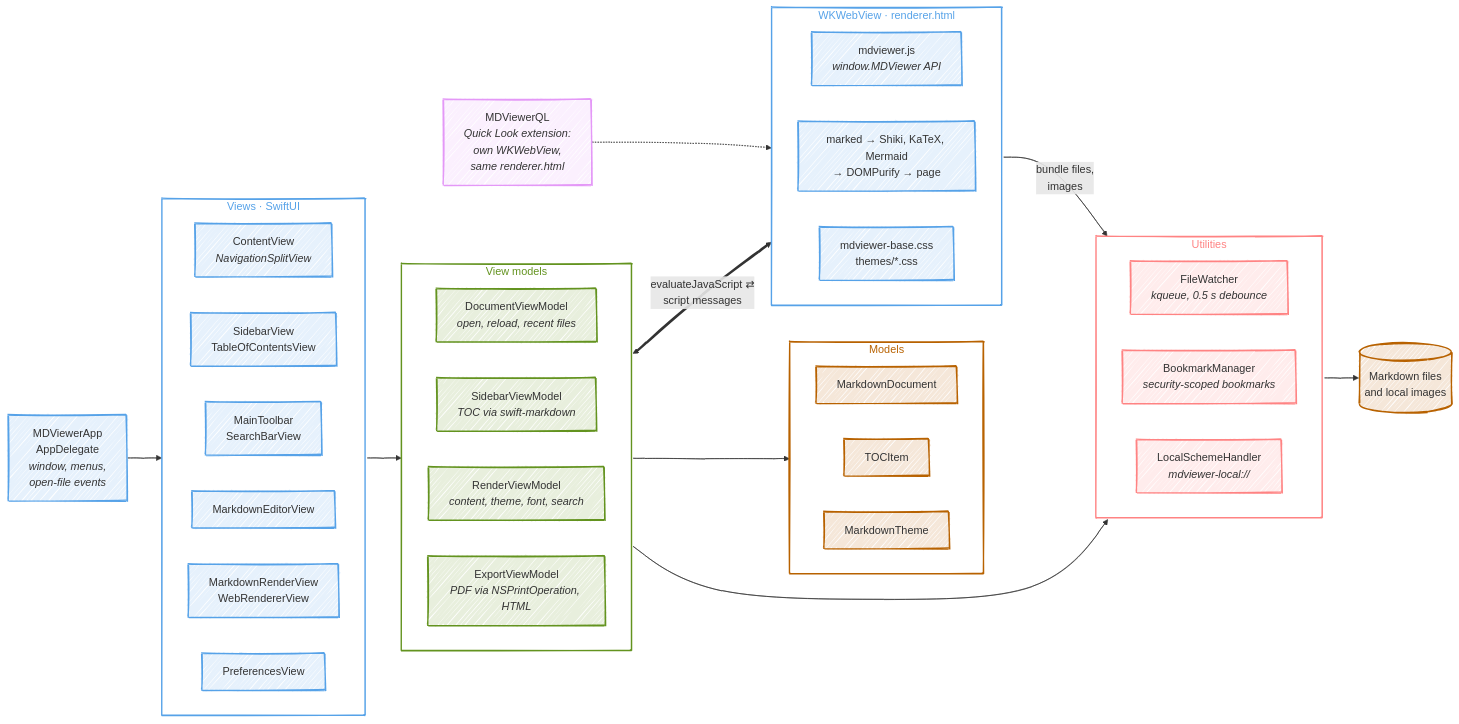
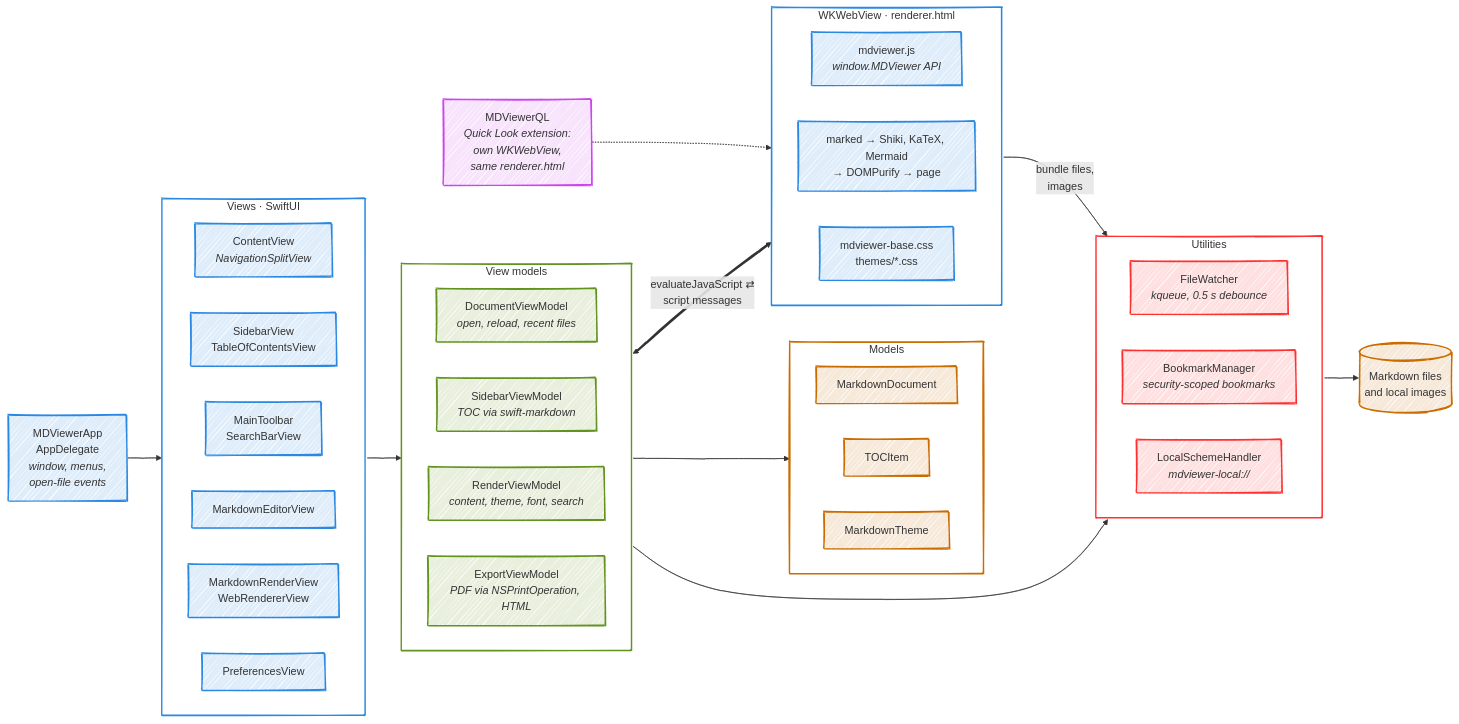
The third of 3 diagrams in docs/development/architecture.md (devicemanager/mdviewer), drawn with Mermaid before and after one commit. The commit also changed other lines of this file and 4 other files, not shown here.

First line of the commit message:
Make the doc diagrams readable in every theme, and test it

````diff
--- a/docs/development/architecture.md
+++ b/docs/development/architecture.md
@@ -161,75 +161,75 @@
 ```mermaid
 ---
 config:
   look: handDrawn
   fontFamily: "Comic Sans MS, Chalkboard SE, Segoe Print, cursive"
 ---
 flowchart LR
     entry["MDViewerApp<br/>AppDelegate<br/><i>window, menus,<br/>open-file events</i>"]
 
     subgraph views["Views · SwiftUI"]
         direction LR
         content["ContentView<br/><i>NavigationSplitView</i>"]
         sidebar["SidebarView<br/>TableOfContentsView"]
         toolbar["MainToolbar<br/>SearchBarView"]
         editor["MarkdownEditorView"]
         renderView["MarkdownRenderView<br/>WebRendererView"]
         prefs["PreferencesView"]
     end
 
     subgraph vms["View models"]
         direction LR
         docVM["DocumentViewModel<br/><i>open, reload, recent files</i>"]
         sideVM["SidebarViewModel<br/><i>TOC via swift-markdown</i>"]
         renderVM["RenderViewModel<br/><i>content, theme, font, search</i>"]
         exportVM["ExportViewModel<br/><i>PDF via NSPrintOperation, HTML</i>"]
     end
 
     subgraph models["Models"]
         direction LR
         mdDoc["MarkdownDocument"]
         tocItem["TOCItem"]
         theme["MarkdownTheme"]
     end
 
     subgraph utils["Utilities"]
         direction LR
         watcher["FileWatcher<br/><i>kqueue, 0.5 s debounce</i>"]
         bookmarks["BookmarkManager<br/><i>security-scoped bookmarks</i>"]
         scheme["LocalSchemeHandler<br/><i>mdviewer-local://</i>"]
     end
 
     subgraph web["WKWebView · renderer.html"]
         direction LR
         api["mdviewer.js<br/><i>window.MDViewer API</i>"]
         pipeline["marked → Shiki, KaTeX, Mermaid<br/>→ DOMPurify → page"]
         styles["mdviewer-base.css<br/>themes/*.css"]
     end
 
     disk[("Markdown files<br/>and local images")]
     ql["MDViewerQL<br/><i>Quick Look extension:<br/>own WKWebView,<br/>same renderer.html</i>"]
 
     entry --> views --> vms
     vms --> models
     vms --> utils --> disk
     renderVM <==>|"evaluateJavaScript ⇄<br/>script messages"| api
     web -->|"bundle files,<br/>images"| scheme
     ql -.-> web
 
-    classDef web fill:#56a2e826,stroke:#56a2e8,stroke-width:2px
+    classDef web fill:#2888e226,stroke:#2888e2,stroke-width:2px
     classDef core fill:#63931f26,stroke:#63931f,stroke-width:2px
-    classDef ext fill:#ff838326,stroke:#ff8383,stroke-width:2px
-    classDef store fill:#b8620026,stroke:#b86200,stroke-width:2px
-    classDef debug fill:#e498f726,stroke:#e498f7,stroke-width:2px
+    classDef ext fill:#ff303026,stroke:#ff3030,stroke-width:2px
+    classDef store fill:#cb6c0026,stroke:#cb6c00,stroke-width:2px
+    classDef debug fill:#ce44f026,stroke:#ce44f0,stroke-width:2px
     class content,sidebar,toolbar,editor,renderView,prefs,entry web
     class docVM,sideVM,renderVM,exportVM core
     class mdDoc,tocItem,theme,disk store
     class watcher,bookmarks,scheme ext
     class api,pipeline,styles web
     class ql debug
-    style views fill:none,stroke:#56a2e8,color:#56a2e8,stroke-width:2px
-    style vms fill:none,stroke:#63931f,color:#63931f,stroke-width:2px
-    style models fill:none,stroke:#b86200,color:#b86200,stroke-width:2px
-    style utils fill:none,stroke:#ff8383,color:#ff8383,stroke-width:2px
-    style web fill:none,stroke:#56a2e8,color:#56a2e8,stroke-width:2px
+    style views fill:none,stroke:#2888e2,stroke-width:2px
+    style vms fill:none,stroke:#63931f,stroke-width:2px
+    style models fill:none,stroke:#cb6c00,stroke-width:2px
+    style utils fill:none,stroke:#ff3030,stroke-width:2px
+    style web fill:none,stroke:#2888e2,stroke-width:2px
 ```
````
